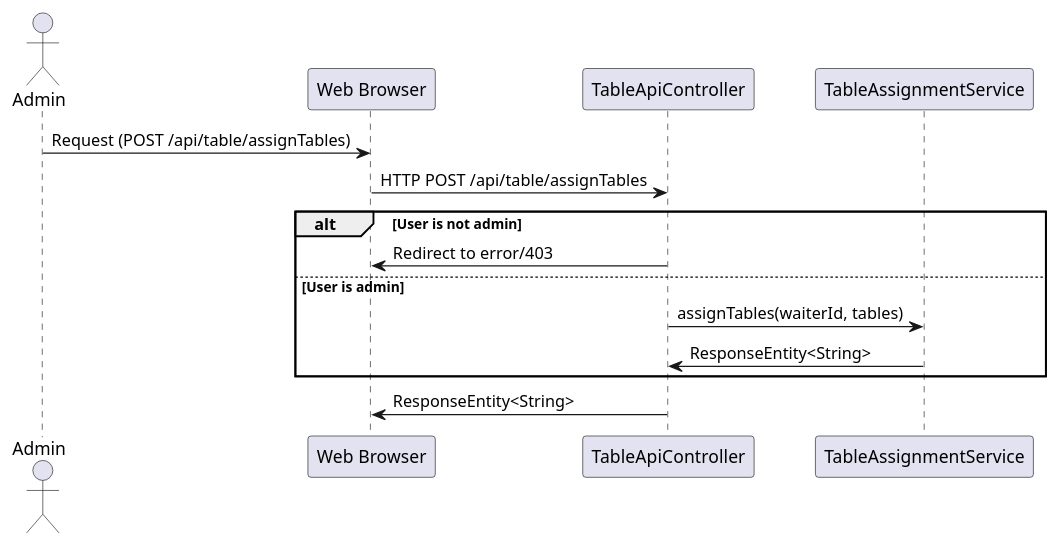
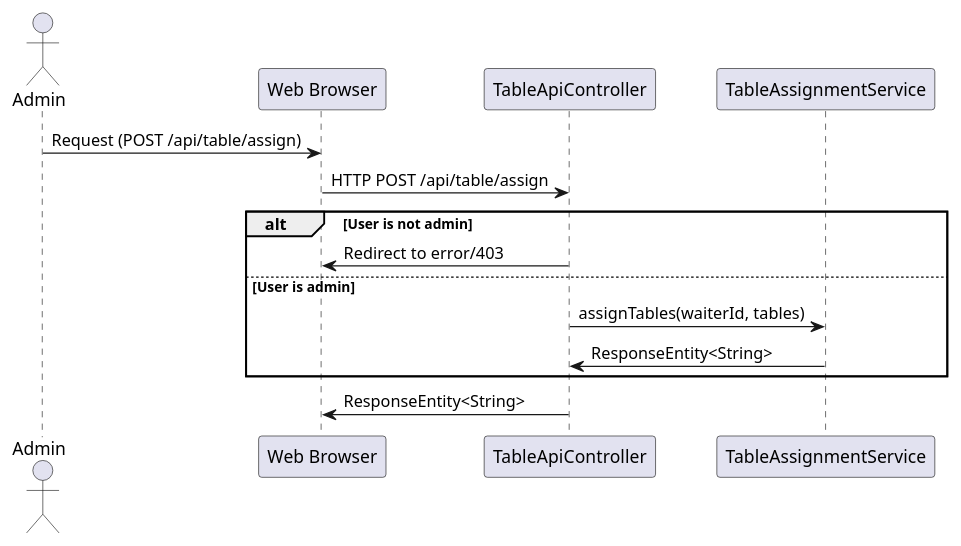
One commit to pheninux2/gestork changed the diagram in uml/table/TableApiController.puml. Above: the diagram before and after it, drawn with PlantUML. The commit also changed 13 other files, not shown here.

Commit message:
add confi entity && add permission to assign tables

```diff
--- a/uml/table/TableApiController.puml
+++ b/uml/table/TableApiController.puml
@@ -1,16 +1,16 @@
 @startuml
 actor Admin
 participant "Web Browser" as Browser
 participant "TableApiController" as Controller
 participant "TableAssignmentService" as TableAssignmentService
 
-Admin -> Browser: Request (POST /api/table/assignTables)
-Browser -> Controller: HTTP POST /api/table/assignTables
+Admin -> Browser: Request (POST /api/table/assign)
+Browser -> Controller: HTTP POST /api/table/assign
 alt User is not admin
     Controller -> Browser: Redirect to error/403
 else User is admin
     Controller -> TableAssignmentService: assignTables(waiterId, tables)
     TableAssignmentService -> Controller: ResponseEntity<String>
 end
 Controller -> Browser: ResponseEntity<String>
 @enduml
```
